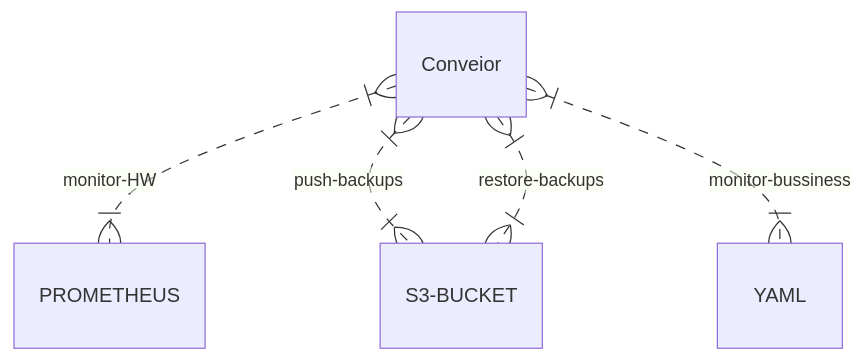
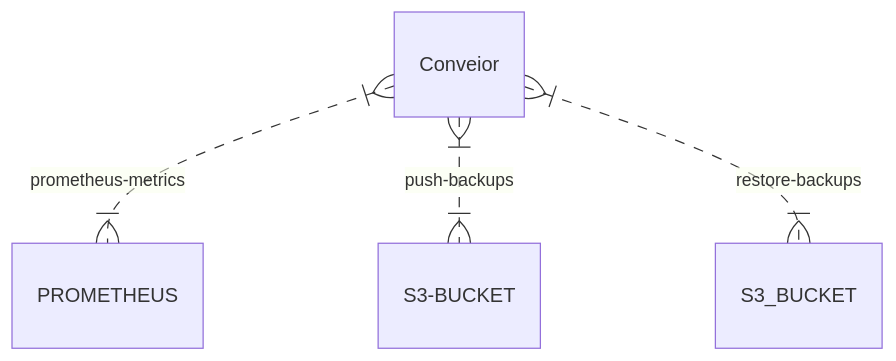
Before and after one commit to lukas-pastva/conveior: the diagram in README.md, drawn with Mermaid. The commit also changed other lines of this file, not shown here.

````diff
--- a/README.md
+++ b/README.md
@@ -19,7 +47,6 @@
 ```mermaid
 erDiagram
-    Conveior }|..|{ PROMETHEUS : monitor-HW
+    Conveior }|..|{ PROMETHEUS : prometheus-metrics
     Conveior }|..|{ S3-BUCKET : push-backups
-    Conveior }|..|{ S3-BUCKET : restore-backups
-    Conveior }|..|{ YAML : monitor-bussiness
+    Conveior }|..|{ S3_BUCKET : restore-backups
 ```
````
